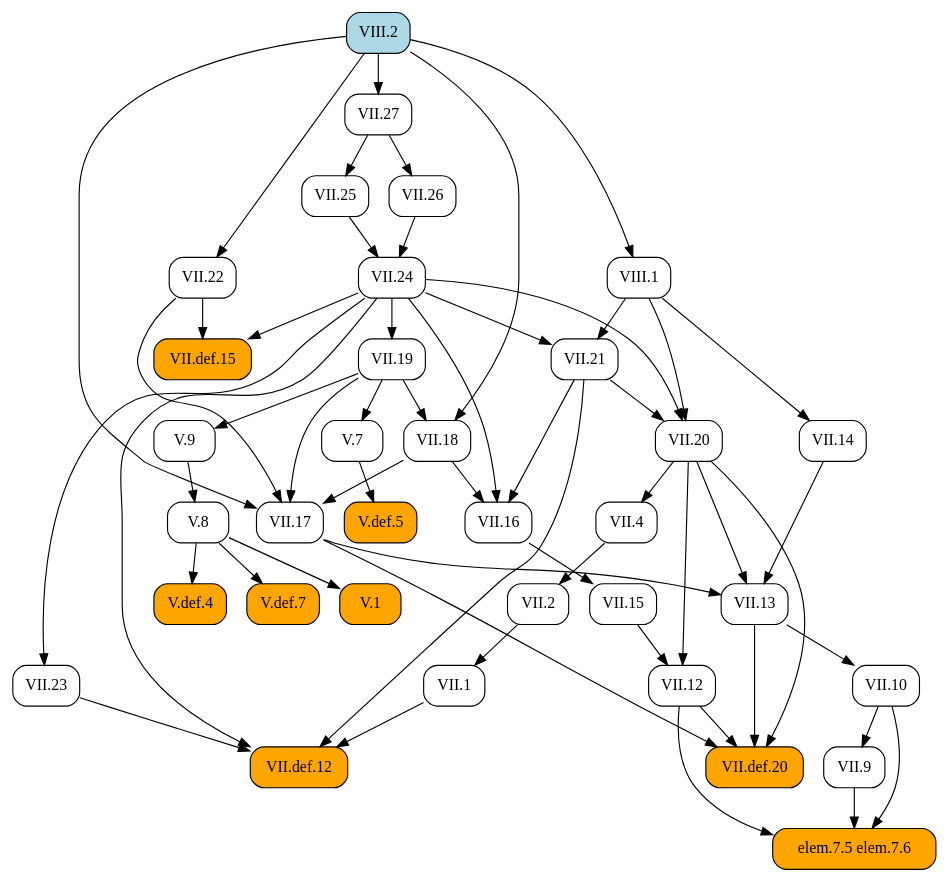
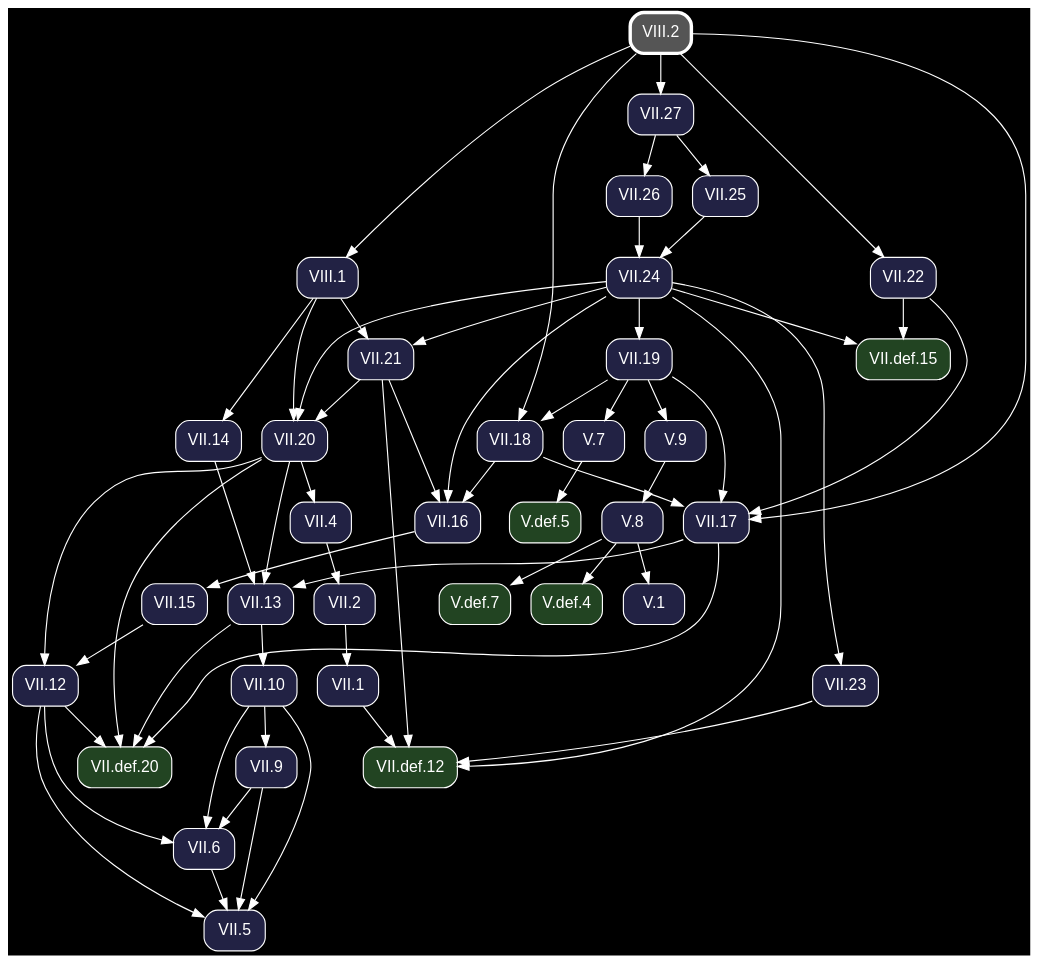
Before and after one commit to geometor/elements: the diagram in docsrc/heath/VIII/2/index.rst, drawn with Graphviz. The commit also changed other lines of this file and 1200 other files, not shown here.

Commit message:
update dependency graphs

```diff
--- a/docsrc/heath/VIII/2/index.rst
+++ b/docsrc/heath/VIII/2/index.rst
@@ -73,95 +73,102 @@
 .. graphviz::
 
    digraph {
+     bgcolor="black";
+     node [shape=box, style="rounded,filled", fontname="Helvetica", color="white", fontcolor="white"];
+     edge [color="white", fontcolor="white"];
      rankdir="TB";
-     node [shape=box, style=rounded];
-     "VII.12" [URL="/heath/VII/12/", target="_top"];
-     "elem.7.5 elem.7.6" [style="rounded,filled", fillcolor=orange];
-     "VII.9" [URL="/heath/VII/9/", target="_top"];
-     "VIII.2" [style="rounded,filled", fillcolor=lightblue, URL="/heath/VIII/2/", target="_top"];
-     "VII.18" [URL="/heath/VII/18/", target="_top"];
-     "VII.16" [URL="/heath/VII/16/", target="_top"];
-     "V.7" [URL="/heath/V/7/", target="_top"];
-     "VII.26" [URL="/heath/VII/26/", target="_top"];
-     "V.def.5" [style="rounded,filled", fillcolor=orange, URL="/heath/V/def.5/", target="_top"];
-     "V.9" [URL="/heath/V/9/", target="_top"];
-     "VII.10" [URL="/heath/VII/10/", target="_top"];
-     "VII.13" [URL="/heath/VII/13/", target="_top"];
-     "VII.def.15" [style="rounded,filled", fillcolor=orange, URL="/heath/VII/def.15/", target="_top"];
-     "VII.17" [URL="/heath/VII/17/", target="_top"];
-     "VII.19" [URL="/heath/VII/19/", target="_top"];
-     "VII.2" [URL="/heath/VII/2/", target="_top"];
-     "VII.def.20" [style="rounded,filled", fillcolor=orange, URL="/heath/VII/def.20/", target="_top"];
-     "VII.15" [URL="/heath/VII/15/", target="_top"];
-     "V.def.4" [style="rounded,filled", fillcolor=orange, URL="/heath/V/def.4/", target="_top"];
-     "V.def.7" [style="rounded,filled", fillcolor=orange, URL="/heath/V/def.7/", target="_top"];
-     "VII.14" [URL="/heath/VII/14/", target="_top"];
-     "VII.27" [URL="/heath/VII/27/", target="_top"];
-     "VII.21" [URL="/heath/VII/21/", target="_top"];
-     "VII.22" [URL="/heath/VII/22/", target="_top"];
-     "VII.25" [URL="/heath/VII/25/", target="_top"];
-     "VIII.1" [URL="/heath/VIII/1/", target="_top"];
-     "VII.1" [URL="/heath/VII/1/", target="_top"];
-     "V.8" [URL="/heath/V/8/", target="_top"];
-     "VII.23" [URL="/heath/VII/23/", target="_top"];
-     "VII.4" [URL="/heath/VII/4/", target="_top"];
-     "VII.def.12" [style="rounded,filled", fillcolor=orange, URL="/heath/VII/def.12/", target="_top"];
-     "V.1" [style="rounded,filled", fillcolor=orange, URL="/heath/V/1/", target="_top"];
-     "VII.24" [URL="/heath/VII/24/", target="_top"];
-     "VII.20" [URL="/heath/VII/20/", target="_top"];
-     "VII.15" -> "VII.12";
-     "VII.20" -> "VII.12";
-     "VII.9" -> "elem.7.5 elem.7.6";
-     "VII.10" -> "elem.7.5 elem.7.6";
-     "VII.12" -> "elem.7.5 elem.7.6";
-     "VII.10" -> "VII.9";
+     "V.def.5" [fillcolor="#224422", URL="/heath/V/def.5/", target="_top"];
+     "VII.18" [fillcolor="#222244", URL="/heath/VII/18/", target="_top"];
+     "VII.2" [fillcolor="#222244", URL="/heath/VII/2/", target="_top"];
+     "VII.def.20" [fillcolor="#224422", URL="/heath/VII/def.20/", target="_top"];
+     "VII.26" [fillcolor="#222244", URL="/heath/VII/26/", target="_top"];
+     "VII.1" [fillcolor="#222244", URL="/heath/VII/1/", target="_top"];
+     "VII.13" [fillcolor="#222244", URL="/heath/VII/13/", target="_top"];
+     "VII.27" [fillcolor="#222244", URL="/heath/VII/27/", target="_top"];
+     "VII.4" [fillcolor="#222244", URL="/heath/VII/4/", target="_top"];
+     "VII.25" [fillcolor="#222244", URL="/heath/VII/25/", target="_top"];
+     "VII.21" [fillcolor="#222244", URL="/heath/VII/21/", target="_top"];
+     "VII.9" [fillcolor="#222244", URL="/heath/VII/9/", target="_top"];
+     "V.7" [fillcolor="#222244", URL="/heath/V/7/", target="_top"];
+     "VII.12" [fillcolor="#222244", URL="/heath/VII/12/", target="_top"];
+     "V.9" [fillcolor="#222244", URL="/heath/V/9/", target="_top"];
+     "VII.17" [fillcolor="#222244", URL="/heath/VII/17/", target="_top"];
+     "VII.24" [fillcolor="#222244", URL="/heath/VII/24/", target="_top"];
+     "VII.22" [fillcolor="#222244", URL="/heath/VII/22/", target="_top"];
+     "VIII.2" [penwidth=3, color="white", fillcolor="#555555", URL="/heath/VIII/2/", target="_top"];
+     "V.def.7" [fillcolor="#224422", URL="/heath/V/def.7/", target="_top"];
+     "VII.20" [fillcolor="#222244", URL="/heath/VII/20/", target="_top"];
+     "V.def.4" [fillcolor="#224422", URL="/heath/V/def.4/", target="_top"];
+     "VII.5" [fillcolor="#222244", URL="/heath/VII/5/", target="_top"];
+     "VII.def.15" [fillcolor="#224422", URL="/heath/VII/def.15/", target="_top"];
+     "VII.6" [fillcolor="#222244", URL="/heath/VII/6/", target="_top"];
+     "VII.16" [fillcolor="#222244", URL="/heath/VII/16/", target="_top"];
+     "VII.15" [fillcolor="#222244", URL="/heath/VII/15/", target="_top"];
+     "V.1" [fillcolor="#222244", URL="/heath/V/1/", target="_top"];
+     "VII.10" [fillcolor="#222244", URL="/heath/VII/10/", target="_top"];
+     "VII.23" [fillcolor="#222244", URL="/heath/VII/23/", target="_top"];
+     "VII.def.12" [fillcolor="#224422", URL="/heath/VII/def.12/", target="_top"];
+     "VIII.1" [fillcolor="#222244", URL="/heath/VIII/1/", target="_top"];
+     "VII.19" [fillcolor="#222244", URL="/heath/VII/19/", target="_top"];
+     "V.8" [fillcolor="#222244", URL="/heath/V/8/", target="_top"];
+     "VII.14" [fillcolor="#222244", URL="/heath/VII/14/", target="_top"];
+     "V.7" -> "V.def.5";
      "VII.19" -> "VII.18";
      "VIII.2" -> "VII.18";
-     "VII.18" -> "VII.16";
-     "VII.21" -> "VII.16";
-     "VII.24" -> "VII.16";
-     "VII.19" -> "V.7";
-     "VII.27" -> "VII.26";
-     "V.7" -> "V.def.5";
-     "VII.19" -> "V.9";
-     "VII.13" -> "VII.10";
-     "VII.14" -> "VII.13";
-     "VII.17" -> "VII.13";
-     "VII.20" -> "VII.13";
-     "VII.22" -> "VII.def.15";
-     "VII.24" -> "VII.def.15";
-     "VII.18" -> "VII.17";
-     "VII.19" -> "VII.17";
-     "VII.22" -> "VII.17";
-     "VIII.2" -> "VII.17";
-     "VII.24" -> "VII.19";
      "VII.4" -> "VII.2";
      "VII.12" -> "VII.def.20";
      "VII.13" -> "VII.def.20";
      "VII.17" -> "VII.def.20";
      "VII.20" -> "VII.def.20";
-     "VII.16" -> "VII.15";
-     "V.8" -> "V.def.4";
-     "V.8" -> "V.def.7";
-     "VIII.1" -> "VII.14";
+     "VII.27" -> "VII.26";
+     "VII.2" -> "VII.1";
+     "VII.14" -> "VII.13";
+     "VII.17" -> "VII.13";
+     "VII.20" -> "VII.13";
      "VIII.2" -> "VII.27";
+     "VII.20" -> "VII.4";
+     "VII.27" -> "VII.25";
      "VII.24" -> "VII.21";
      "VIII.1" -> "VII.21";
+     "VII.10" -> "VII.9";
+     "VII.19" -> "V.7";
+     "VII.15" -> "VII.12";
+     "VII.20" -> "VII.12";
+     "VII.19" -> "V.9";
+     "VII.18" -> "VII.17";
+     "VII.19" -> "VII.17";
+     "VII.22" -> "VII.17";
+     "VIII.2" -> "VII.17";
+     "VII.25" -> "VII.24";
+     "VII.26" -> "VII.24";
      "VIII.2" -> "VII.22";
-     "VII.27" -> "VII.25";
-     "VIII.2" -> "VIII.1";
-     "VII.2" -> "VII.1";
-     "V.9" -> "V.8";
+     "V.8" -> "V.def.7";
+     "VII.21" -> "VII.20";
+     "VII.24" -> "VII.20";
+     "VIII.1" -> "VII.20";
+     "V.8" -> "V.def.4";
+     "VII.6" -> "VII.5";
+     "VII.9" -> "VII.5";
+     "VII.10" -> "VII.5";
+     "VII.12" -> "VII.5";
+     "VII.22" -> "VII.def.15";
+     "VII.24" -> "VII.def.15";
+     "VII.9" -> "VII.6";
+     "VII.10" -> "VII.6";
+     "VII.12" -> "VII.6";
+     "VII.18" -> "VII.16";
+     "VII.21" -> "VII.16";
+     "VII.24" -> "VII.16";
+     "VII.16" -> "VII.15";
+     "V.8" -> "V.1";
+     "VII.13" -> "VII.10";
      "VII.24" -> "VII.23";
-     "VII.20" -> "VII.4";
      "VII.1" -> "VII.def.12";
      "VII.21" -> "VII.def.12";
      "VII.23" -> "VII.def.12";
      "VII.24" -> "VII.def.12";
-     "V.8" -> "V.1";
-     "VII.25" -> "VII.24";
-     "VII.26" -> "VII.24";
-     "VII.21" -> "VII.20";
-     "VII.24" -> "VII.20";
-     "VIII.1" -> "VII.20";
+     "VIII.2" -> "VIII.1";
+     "VII.24" -> "VII.19";
+     "V.9" -> "V.8";
+     "VIII.1" -> "VII.14";
    }
```
